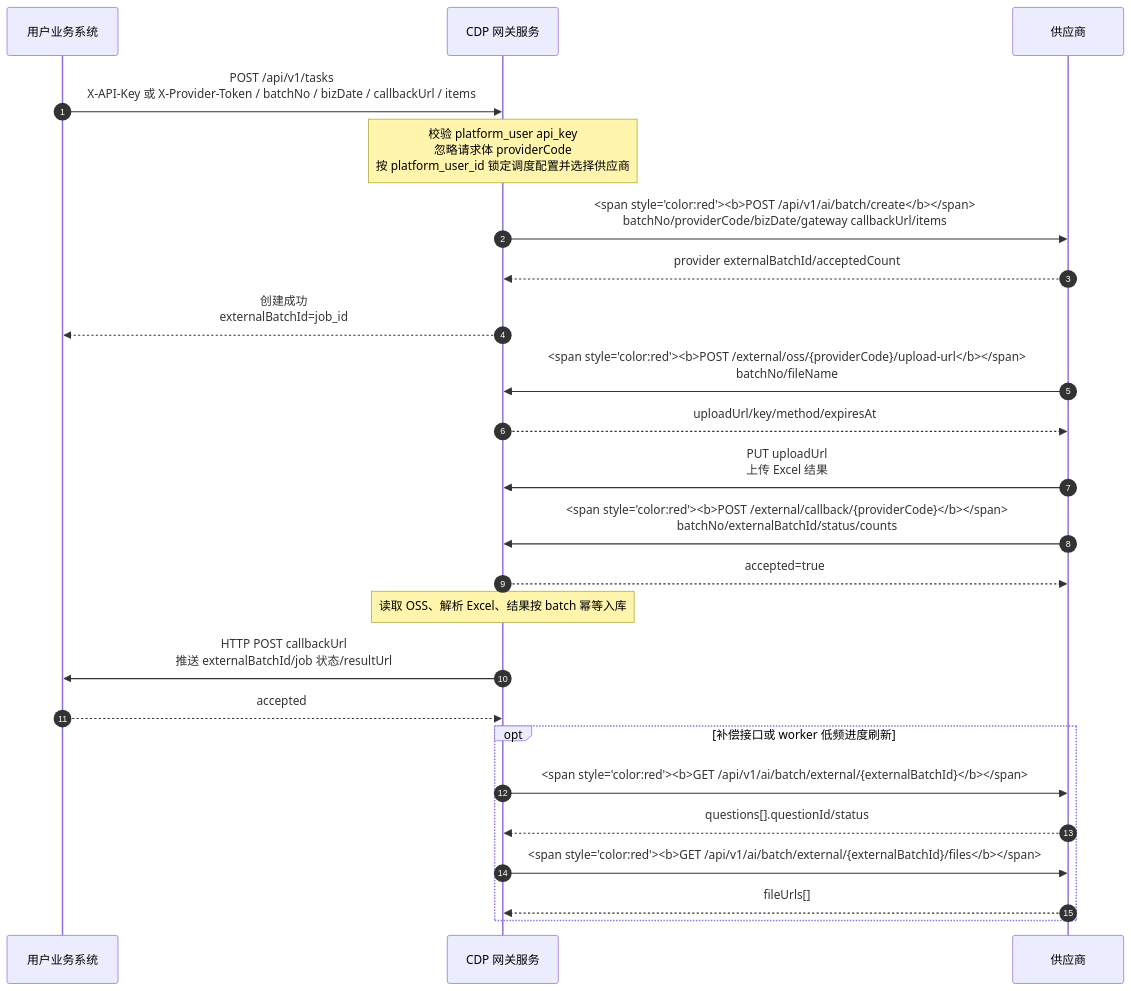
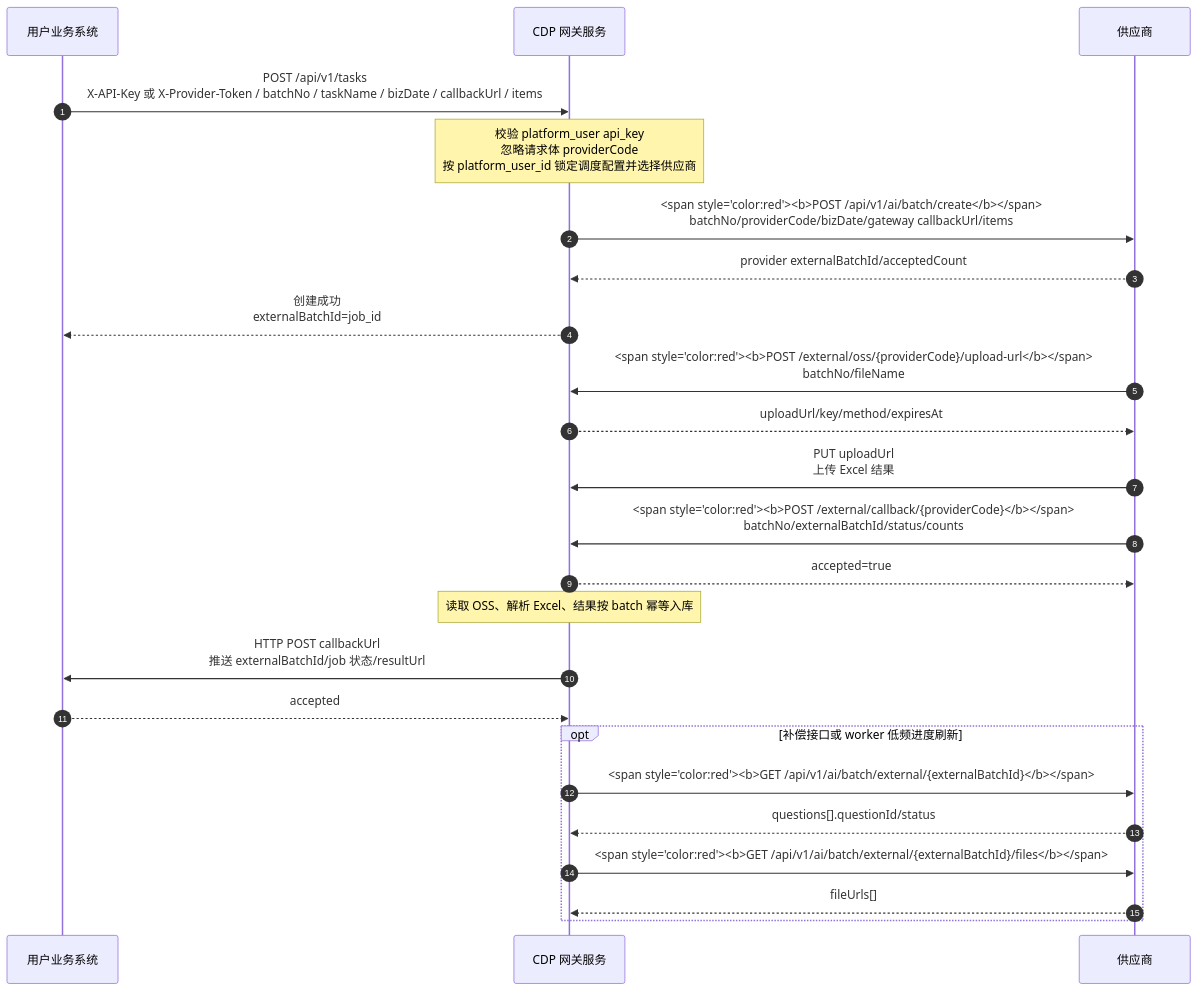
The diagram in docs/gateway-architecture.md (markzhang90/cdp-router), drawn with Mermaid before and after one commit. The commit also changed other lines of this file and 44 other files, not shown here.

````diff
--- a/docs/gateway-architecture.md
+++ b/docs/gateway-architecture.md
@@ -739,33 +765,33 @@
 ```mermaid
 sequenceDiagram
     autonumber
     participant User as 用户业务系统
     participant Gateway as CDP 网关服务
     participant Provider as 供应商
 
-    User->>Gateway: POST /api/v1/tasks<br/>X-API-Key 或 X-Provider-Token / batchNo / bizDate / callbackUrl / items
+    User->>Gateway: POST /api/v1/tasks<br/>X-API-Key 或 X-Provider-Token / batchNo / taskName / bizDate / callbackUrl / items
     Note over Gateway: 校验 platform_user api_key<br/>忽略请求体 providerCode<br/>按 platform_user_id 锁定调度配置并选择供应商
 
     Gateway->>Provider: <span style="color:red"><b>POST /api/v1/ai/batch/create</b></span><br/>batchNo/providerCode/bizDate/gateway callbackUrl/items
     Provider-->>Gateway: provider externalBatchId/acceptedCount
     Gateway-->>User: 创建成功<br/>externalBatchId=job_id
 
     Provider->>Gateway: <span style="color:red"><b>POST /external/oss/{providerCode}/upload-url</b></span><br/>batchNo/fileName
     Gateway-->>Provider: uploadUrl/key/method/expiresAt
 
     Provider->>Gateway: PUT uploadUrl<br/>上传 Excel 结果
     Provider->>Gateway: <span style="color:red"><b>POST /external/callback/{providerCode}</b></span><br/>batchNo/externalBatchId/status/counts
     Gateway-->>Provider: accepted=true
 
     Note over Gateway: 读取 OSS、解析 Excel、结果按 batch 幂等入库
 
     Gateway->>User: HTTP POST callbackUrl<br/>推送 externalBatchId/job 状态/resultUrl
     User-->>Gateway: accepted
 
     opt 补偿接口或 worker 低频进度刷新
         Gateway->>Provider: <span style="color:red"><b>GET /api/v1/ai/batch/external/{externalBatchId}</b></span>
         Provider-->>Gateway: questions[].questionId/status
         Gateway->>Provider: <span style="color:red"><b>GET /api/v1/ai/batch/external/{externalBatchId}/files</b></span>
         Provider-->>Gateway: fileUrls[]
     end
 ```
````
